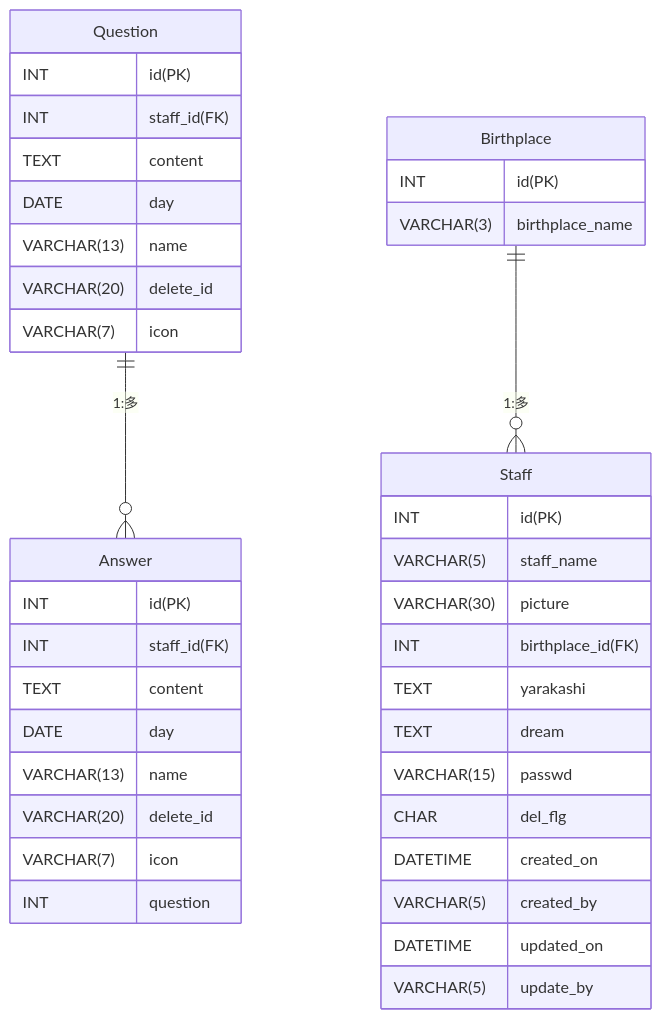
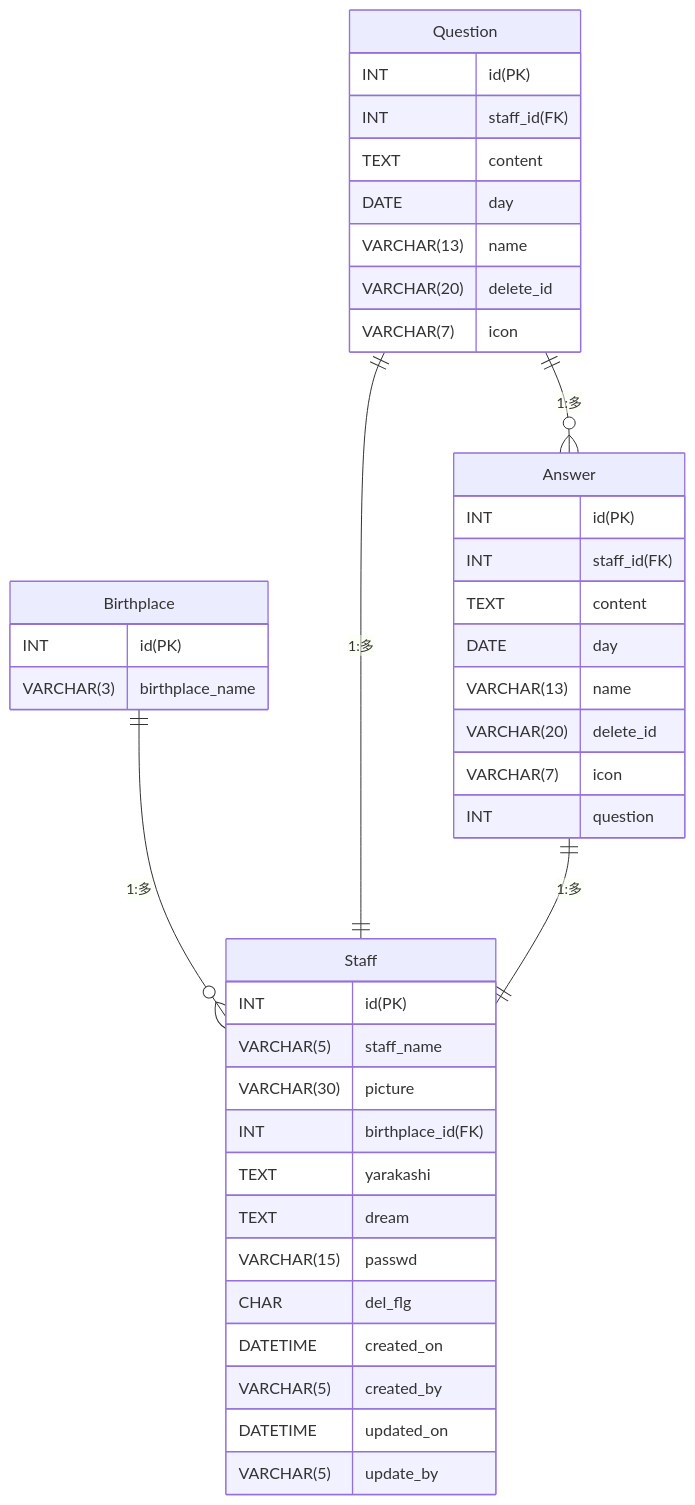
Before and after one commit to juntaso/kintone: the diagram in er.md, drawn with Mermaid.

````diff
--- a/er.md
+++ b/er.md
@@ -1,49 +1,51 @@
 ```mermaid
 erDiagram
 
 Question ||--o{ Answer: "1:多"
 Birthplace ||--o{ Staff: "1:多"
+Question ||--|| Staff: "1:多"
+Answer ||--|| Staff: "1:多"
 
 Question{
 INT id(PK)
 INT staff_id(FK)
 TEXT content
 DATE day
 VARCHAR(13) name
 VARCHAR(20) delete_id
 VARCHAR(7) icon
 }
 
 Answer{
 INT id(PK)
 INT staff_id(FK)
 TEXT content
 DATE day
 VARCHAR(13) name
 VARCHAR(20) delete_id
 VARCHAR(7) icon
 INT question
 }
 
 Staff{
  INT id(PK)
  VARCHAR(5) staff_name
  VARCHAR(30) picture
  INT birthplace_id(FK)
  TEXT yarakashi
  TEXT dream
  VARCHAR(15) passwd
  CHAR del_flg
  DATETIME created_on
  VARCHAR(5) created_by
  DATETIME updated_on
  VARCHAR(5) update_by
 }
 
 Birthplace{
 INT id(PK)
 VARCHAR(3) birthplace_name
 }
 
 
 ```
````
